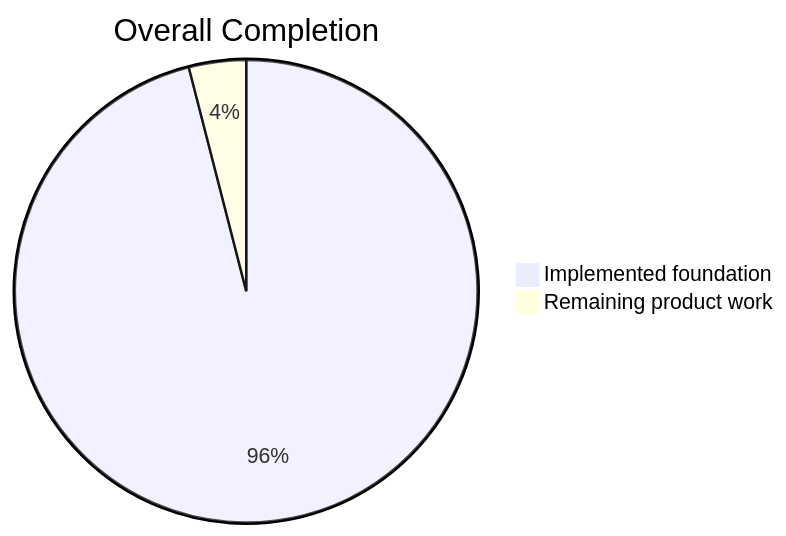
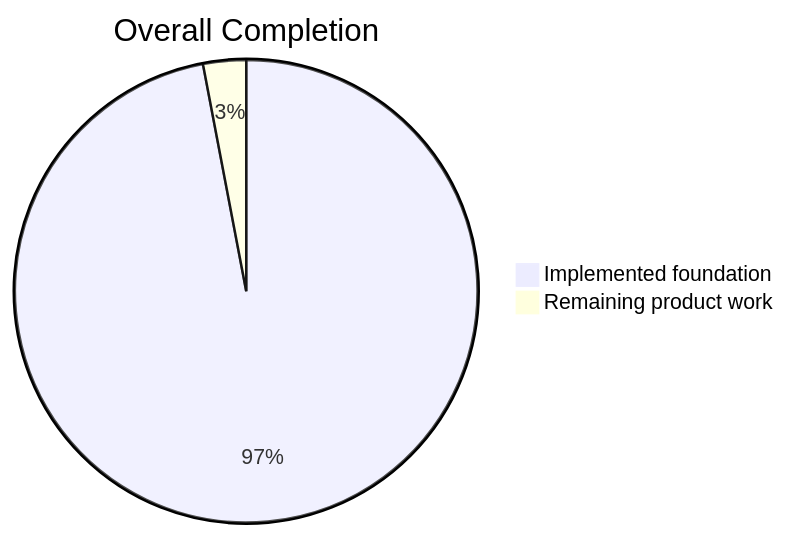
The first of 5 diagrams in README.md (lingmulongtai/GlyphRay), drawn with Mermaid before and after one commit. The commit also changed other lines of this file and 10 other files, not shown here.

````diff
--- a/README.md
+++ b/README.md
@@ -15,5 +15,5 @@
 ```mermaid
 pie title Overall Completion
-  "Implemented foundation" : 96
-  "Remaining product work" : 4
+  "Implemented foundation" : 97
+  "Remaining product work" : 3
 ```
````
